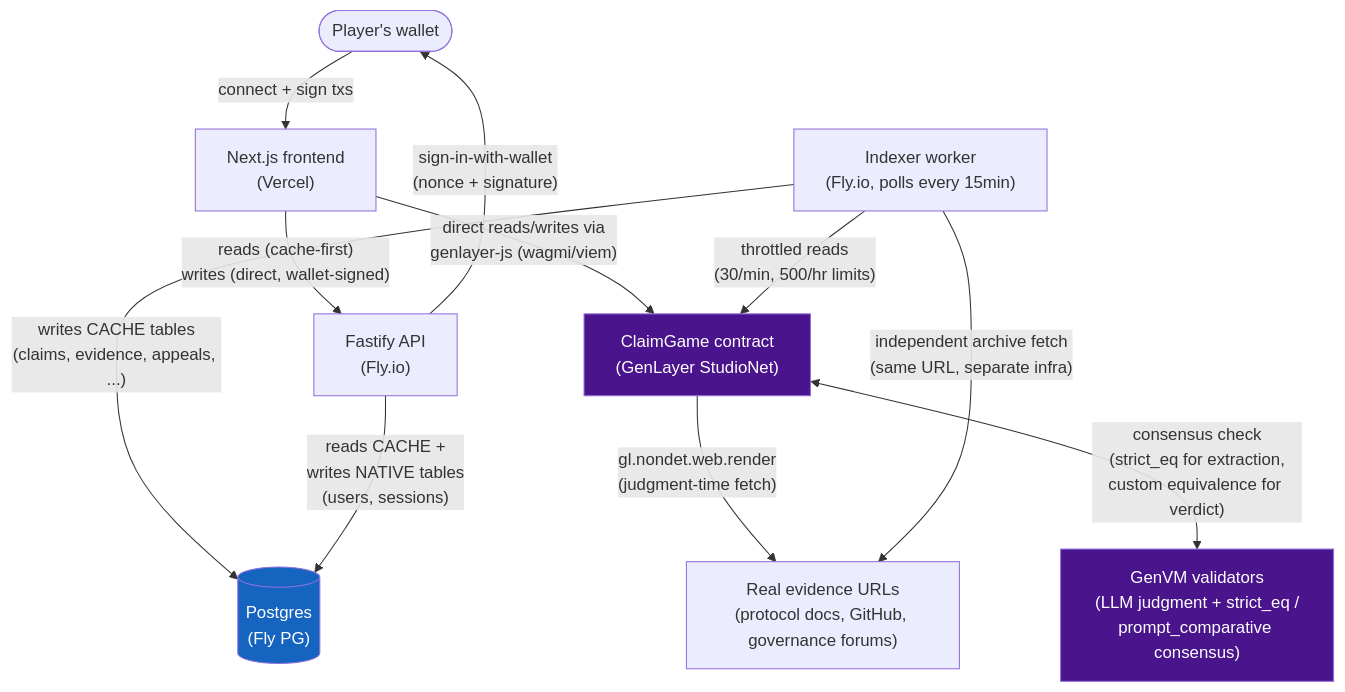
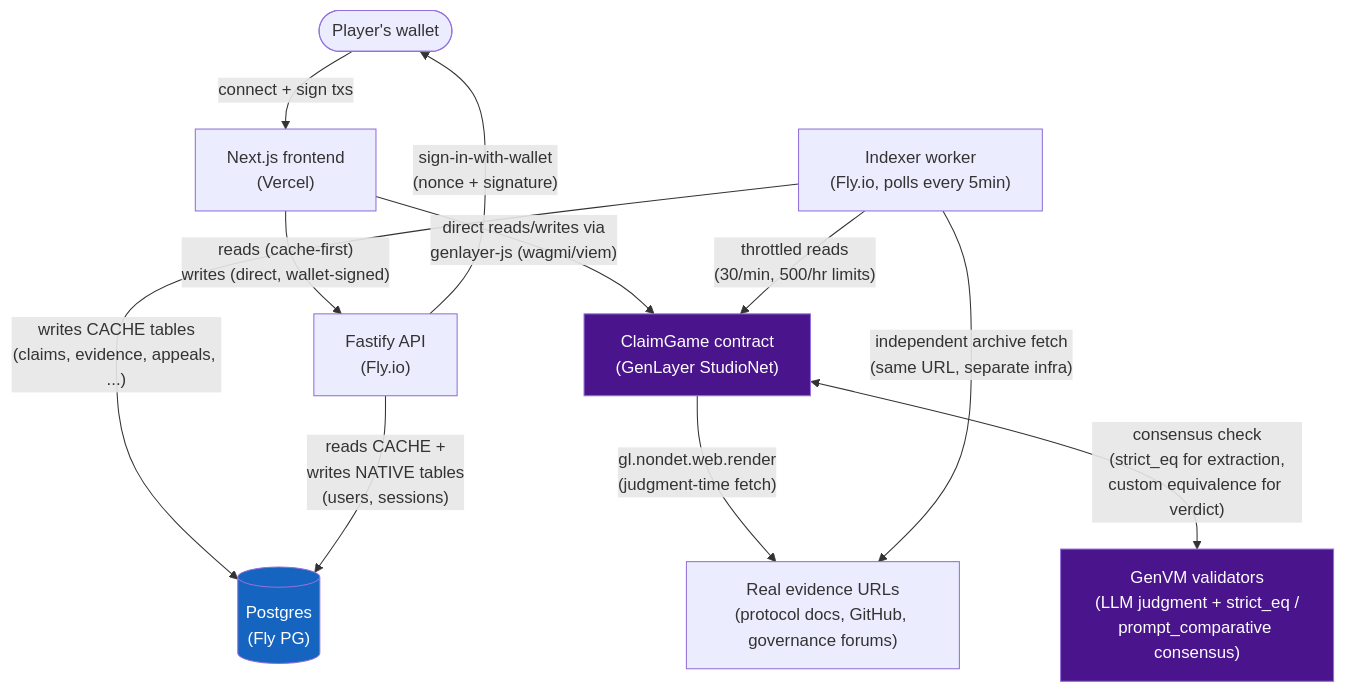
The diagram in docs/architecture.md (zoefunds/claimgame), drawn with Mermaid before and after one commit. The commit also changed other lines of this file and 5 other files, not shown here.

````diff
--- a/docs/architecture.md
+++ b/docs/architecture.md
@@ -40,26 +40,26 @@
 ```mermaid
 flowchart TB
     User(["Player's wallet"])
     Web["Next.js frontend\n(Vercel)"]
     Contract["ClaimGame contract\n(GenLayer StudioNet)"]
     Validators["GenVM validators\n(LLM judgment + strict_eq /\nprompt_comparative consensus)"]
     Evidence["Real evidence URLs\n(protocol docs, GitHub, governance forums)"]
-    Indexer["Indexer worker\n(Fly.io, polls every 15min)"]
+    Indexer["Indexer worker\n(Fly.io, polls every 5min)"]
     API["Fastify API\n(Fly.io)"]
     DB[("Postgres\n(Fly PG)")]
 
     User -- "connect + sign txs" --> Web
     Web -- "reads (cache-first)\nwrites (direct, wallet-signed)" --> API
     Web -- "direct reads/writes via\ngenlayer-js (wagmi/viem)" --> Contract
     Contract -- "gl.nondet.web.render\n(judgment-time fetch)" --> Evidence
     Contract <-- "consensus check\n(strict_eq for extraction,\ncustom equivalence for verdict)" --> Validators
     Indexer -- "throttled reads\n(30/min, 500/hr limits)" --> Contract
     Indexer -- "independent archive fetch\n(same URL, separate infra)" --> Evidence
     Indexer -- "writes CACHE tables\n(claims, evidence, appeals, ...)" --> DB
     API -- "reads CACHE +\nwrites NATIVE tables\n(users, sessions)" --> DB
     API -- "sign-in-with-wallet\n(nonce + signature)" --> User
 
     style Contract fill:#4a148c,color:#fff
     style Validators fill:#4a148c,color:#fff
     style DB fill:#1565c0,color:#fff
 ```
````
